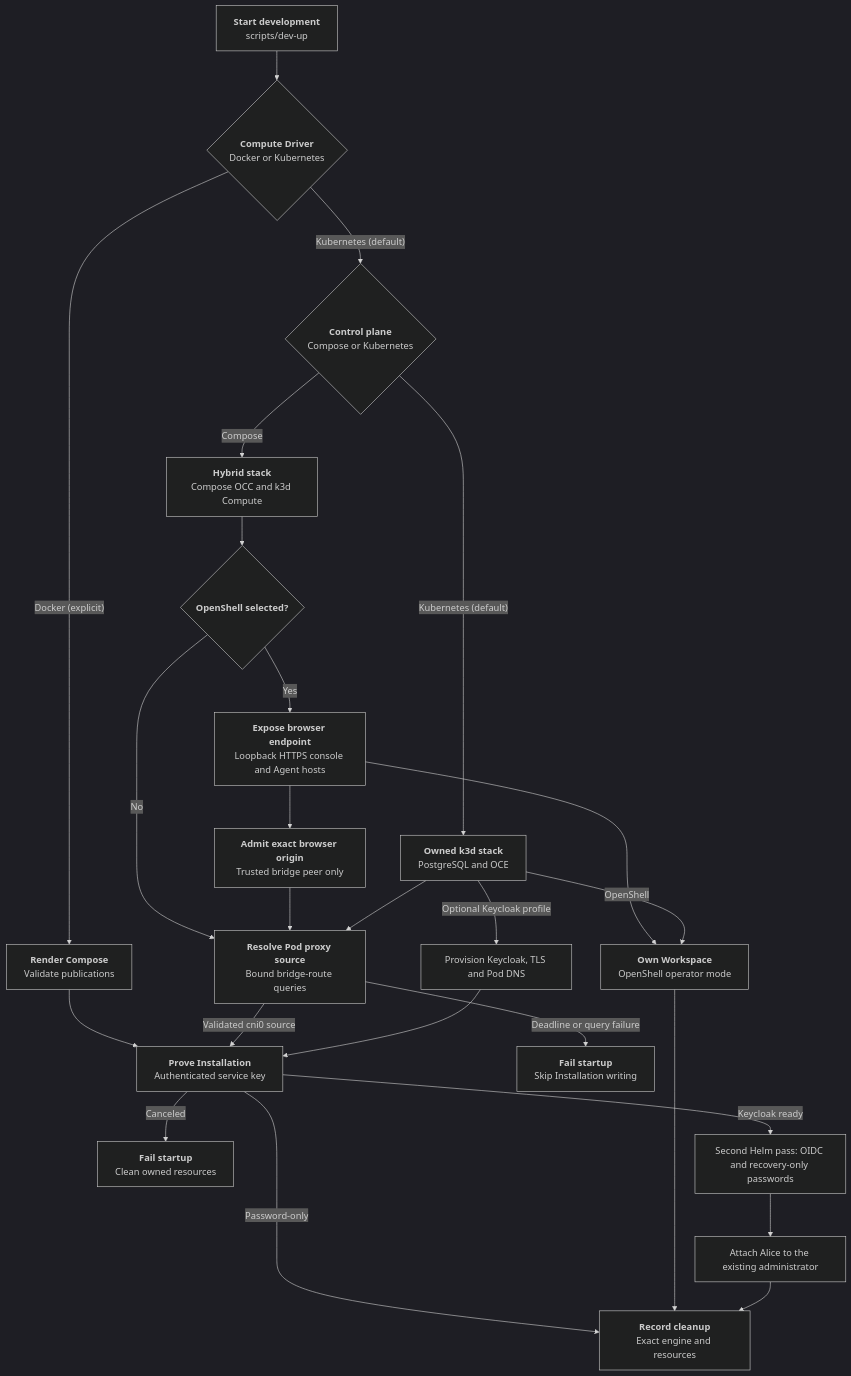
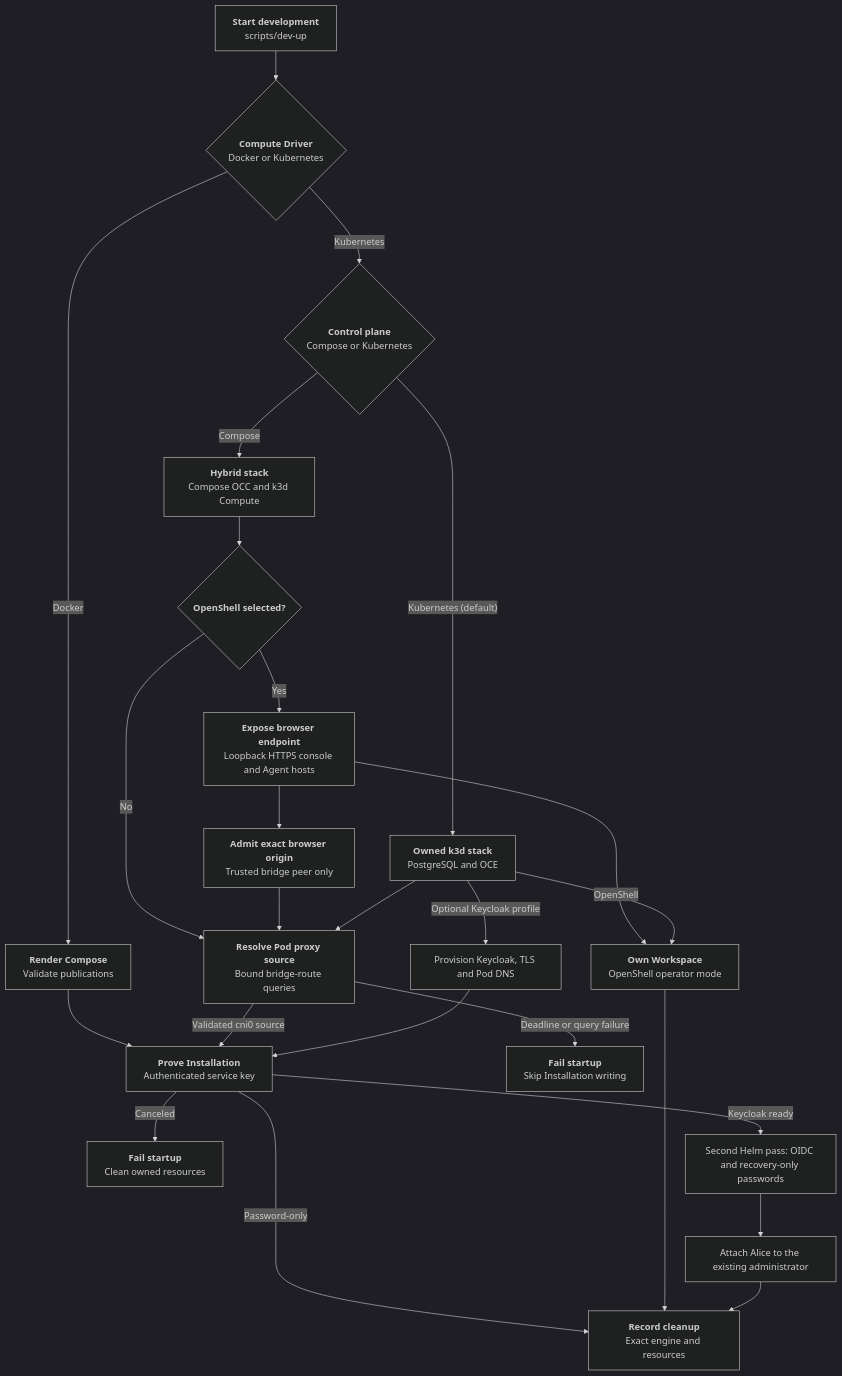
Before and after one commit to openclaw/openclaw-enterprise: the diagram in docs/flows/docker-compose-development/startup.md, drawn with Mermaid (dark theme). The commit also changed other lines of this file and 4 other files, not shown here.

````diff
--- a/docs/flows/docker-compose-development/startup.md
+++ b/docs/flows/docker-compose-development/startup.md
@@ -30,27 +29,27 @@
 ```mermaid
 graph TD
   A["<b>Start development</b><br/>scripts/dev-up"] --> B{"<b>Compute Driver</b><br/>Docker or Kubernetes"}
-  B -- "Docker (explicit)" --> C["<b>Render Compose</b><br/>Validate publications"]
-  B -- "Kubernetes (default)" --> D{"<b>Control plane</b><br/>Compose or Kubernetes"}
+  B -- "Docker" --> C["<b>Render Compose</b><br/>Validate publications"]
+  B -- "Kubernetes" --> D{"<b>Control plane</b><br/>Compose or Kubernetes"}
   D -- "Kubernetes (default)" --> E["<b>Owned k3d stack</b><br/>PostgreSQL and OCE"]
   D -- "Compose" --> F["<b>Hybrid stack</b><br/>Compose OCC and k3d Compute"]
   C --> G["<b>Prove Installation</b><br/>Authenticated service key"]
   F --> F2{"<b>OpenShell selected?</b>"}
   F2 -- "No" --> R["<b>Resolve Pod proxy source</b><br/>Bound bridge-route queries"]
   F2 -- "Yes" --> F3["<b>Expose browser endpoint</b><br/>Loopback HTTPS console and Agent hosts"]
   F3 --> F4["<b>Admit exact browser origin</b><br/>Trusted bridge peer only"]
   F4 --> R
   F3 --> H["<b>Own Workspace</b><br/>OpenShell operator mode"]
   E --> R
   R -- "Validated cni0 source" --> G
   R -- "Deadline or query failure" --> X["<b>Fail startup</b><br/>Skip Installation writing"]
   E -- "OpenShell" --> H
   G -- "Password-only" --> I["<b>Record cleanup</b><br/>Exact engine and resources"]
   G -- "Canceled" --> J["<b>Fail startup</b><br/>Clean owned resources"]
   H --> I
   E -- "Optional Keycloak profile" --> K["Provision Keycloak, TLS and Pod DNS"]
   K --> G
   G -- "Keycloak ready" --> L["Second Helm pass: OIDC and recovery-only passwords"]
   L --> M["Attach Alice to the existing administrator"]
   M --> I
 ```
````
